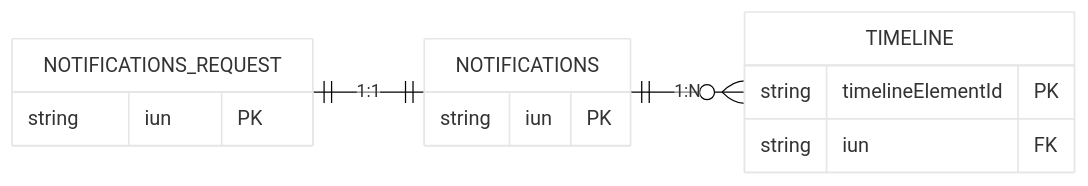
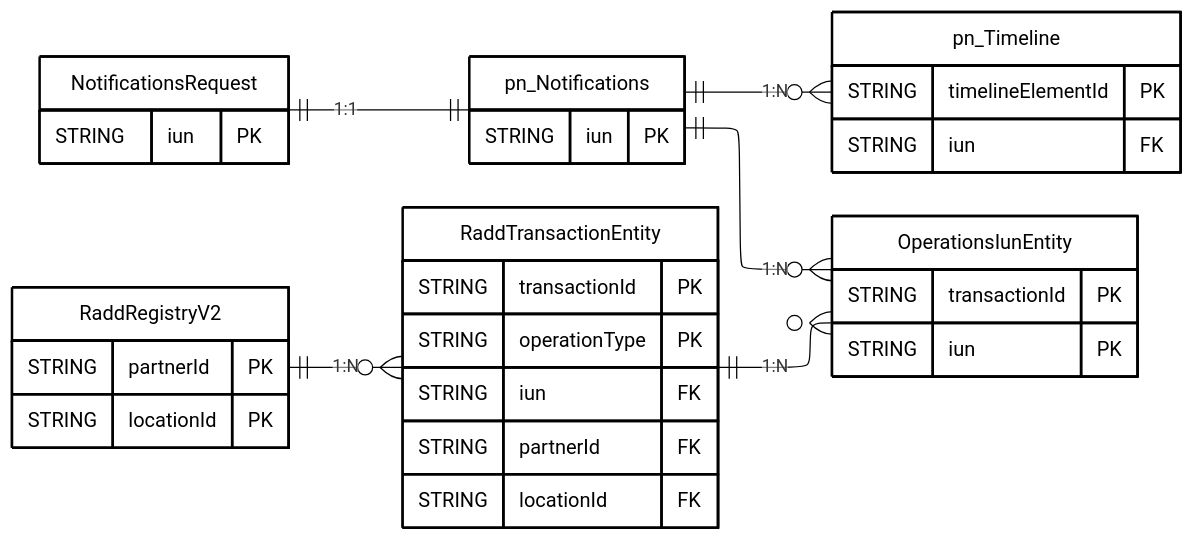
Before and after one commit to pagopa/pn-metrics: the diagram in send_diagrams/data-models/send_er_model.mmd, drawn with Mermaid.

Commit message:
docs: update SEND ER diagram with RADD ALT

```diff
--- a/send_diagrams/data-models/send_er_model.mmd
+++ b/send_diagrams/data-models/send_er_model.mmd
@@ -1,42 +1,96 @@
 ---
 config:
   layout: elk
   theme: base
   themeVariables:
     background: "#FFFFFF"
     labelBackgroundColor: "#FFFFFF"
     entityBkgColor: "#FFFFFF"
     attributeBkgColor: "#FFFFFF"
     primaryColor: "#FFFFFF"
 ---
-
 erDiagram
 
-    %% diagram version: v0.0.1
+    %% diagram version: 0.0.1
+
     %% sources:
     %% - dc-pn-Notifications.yaml
     %%   id: urn:send:pn:notifications
     %%   version: 0.0.1
     %% - dc-pn-timeline.yaml
     %%   id: urn:send:pn:timelines
     %%   version: 0.0.1
+    %% - dc-radd-transaction-entity.yaml
+    %%   id: urn:send:radd-alt:dc-radd-transaction-entity
+    %%   version: 0.0.1
+    %% - dc-radd-registry.yaml
+    %%   id: urn:send:radd-alt:dc-radd-registry
+    %%   version: 0.0.1
+    %% - dc-operations-iuns-entity.yaml
+    %%   id: urn:send:radd-alt:dc-operations-iuns-entity
+    %%   version: 0.0.1
 
-    Direction LR
+    %% CONVENZIONI
+    %% - Diagramma di integrazione tra domini SEND e RADD
+    %% - Sono riportate esclusivamente le entità principali
+    %% - Sono riportati solamente attributi PK e FK
+    %% - Le cardinalità derivano dai diagrammi di dettaglio dei singoli domini
+    %% - I commenti descrivono la logica di correlazione tra le entità
 
+    direction LR
 
-    NOTIFICATIONS {
-        string iun PK
+    NotificationsRequest {
+        STRING iun PK
     }
 
-    TIMELINE {
-        string timelineElementId PK
-        string iun FK
+    pn_Notifications {
+        STRING iun PK
     }
 
-    NOTIFICATIONS_REQUEST {
-        string iun PK
+    pn_Timeline {
+        STRING timelineElementId PK
+        STRING iun FK
+    }
+
+    RaddRegistryV2 {
+        STRING partnerId PK
+        STRING locationId PK
+    }
+
+    RaddTransactionEntity {
+        STRING transactionId PK
+        STRING operationType PK
+        STRING iun FK
+        STRING partnerId FK
+        STRING locationId FK
+    }
+
+    OperationsIunEntity {
+        STRING transactionId PK
+        STRING iun PK
     }
 
     %% RELAZIONI
-    NOTIFICATIONS ||--o{TIMELINE : "1:N"
-    NOTIFICATIONS_REQUEST ||--|| NOTIFICATIONS : "1:1"
+    %% NotificationsRequest.iun = pn_Notifications.iun
+    NotificationsRequest ||--|| pn_Notifications : "1:1"
+
+    %% pn_Notifications.iun = pn_Timeline.iun
+    pn_Notifications ||--o{ pn_Timeline : "1:N"
+
+    %% pn_Notifications.iun = OperationsIunEntity.iun
+    pn_Notifications ||--o{ OperationsIunEntity : "1:N"
+
+    %% RaddRegistryV2.partnerId = RaddTransactionEntity.partnerId AND RaddRegistryV2.locationId = RaddTransactionEntity.locationId
+    RaddRegistryV2 ||--o{ RaddTransactionEntity : "1:N"
+
+    %% RaddTransactionEntity.transactionId = OperationsIunEntity.transactionId
+    RaddTransactionEntity ||--o{ OperationsIunEntity : "1:N"
+    
+    %% STILE
+
+    style NotificationsRequest fill:#FFFFFF,stroke:#000000,stroke-width:2px,color:#000000
+    style pn_Notifications fill:#FFFFFF,stroke:#000000,stroke-width:2px,color:#000000
+    style pn_Timeline fill:#FFFFFF,stroke:#000000,stroke-width:2px,color:#000000
+    style RaddRegistryV2 fill:#FFFFFF,stroke:#000000,stroke-width:2px,color:#000000
+    style RaddTransactionEntity fill:#FFFFFF,stroke:#000000,stroke-width:2px,color:#000000
+    style OperationsIunEntity fill:#FFFFFF,stroke:#000000,stroke-width:2px,color:#000000
```
